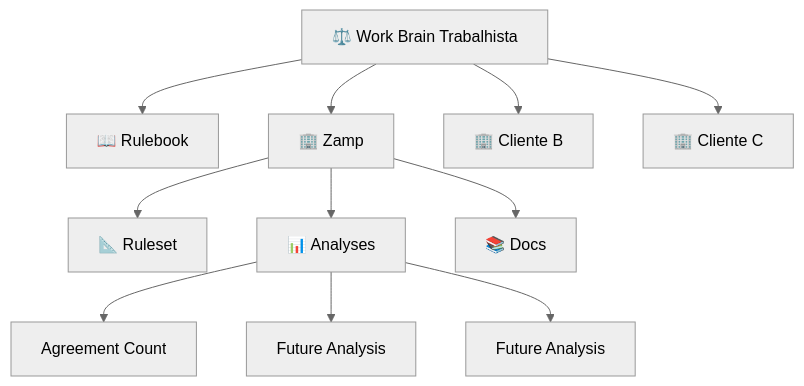
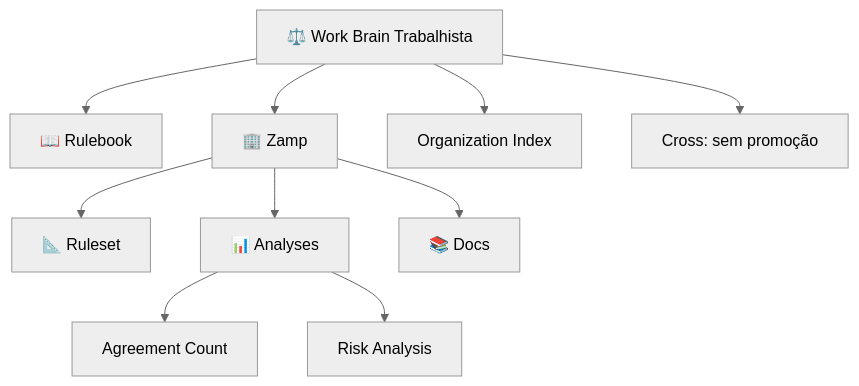
One commit to Work-brain-Trabalhista/.github changed the third of 3 diagrams in profile/README.md. Above: the diagram before and after it, drawn with Mermaid (neutral theme). The commit also changed other lines of this file and 7 other files, not shown here.

Commit message:
[brain] define organization v2 standards and discovery index

````diff
--- a/profile/README.md
+++ b/profile/README.md
@@ -521,18 +488,17 @@
 ```mermaid
 flowchart TD
     HOME["⚖️ Work Brain Trabalhista"]
 
     HOME --> RULEBOOK["📖 Rulebook"]
 
     HOME --> ZAMP["🏢 Zamp"]
-    HOME --> B["🏢 Cliente B"]
-    HOME --> C["🏢 Cliente C"]
+    HOME --> INDEX["Organization Index"]
+    HOME --> CROSS["Cross: sem promoção"]
 
     ZAMP --> ZR["📐 Ruleset"]
     ZAMP --> ZA["📊 Analyses"]
     ZAMP --> ZD["📚 Docs"]
 
     ZA --> ZA1["Agreement Count"]
-    ZA --> ZA2["Future Analysis"]
-    ZA --> ZA3["Future Analysis"]
+    ZA --> ZA2["Risk Analysis"]
 ```
````
